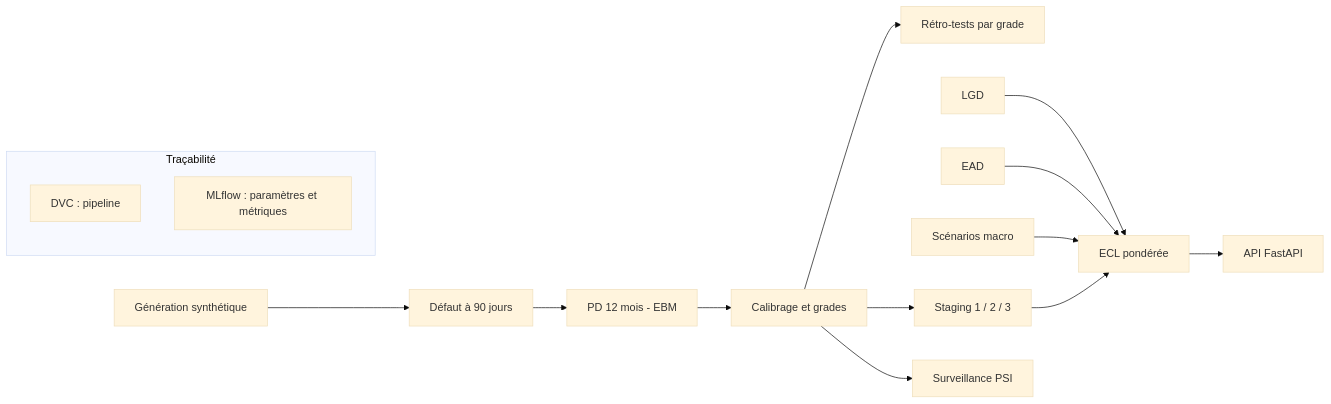
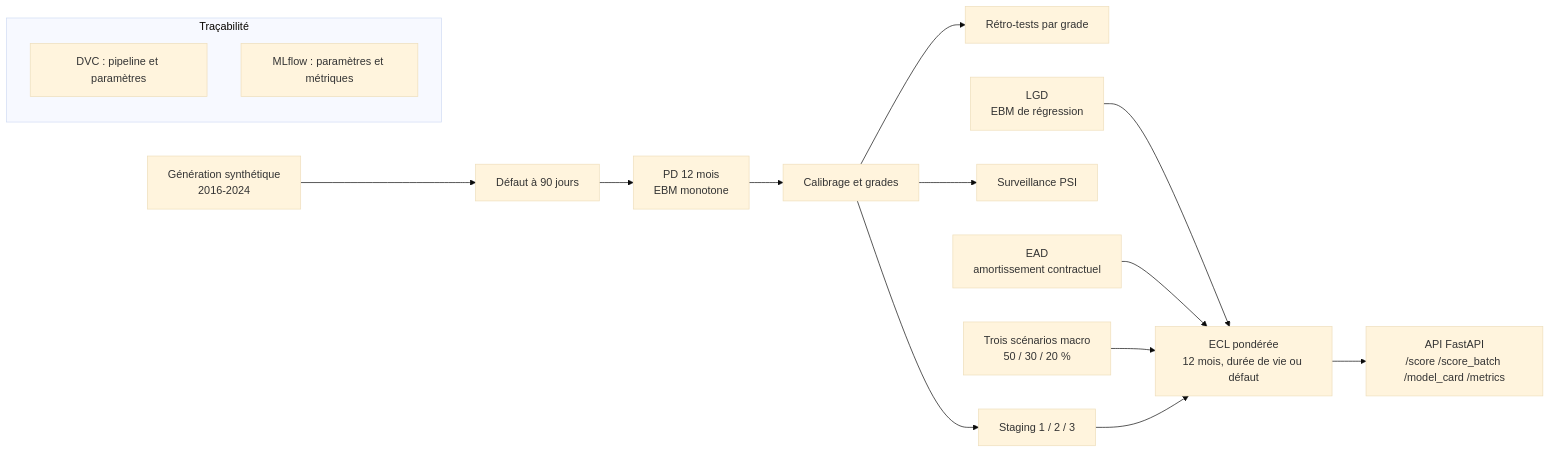
One commit to Jean-Paul15/credit-scoring changed the diagram in README.md. Above: the diagram before and after it, drawn with Mermaid (base theme). The commit also changed other lines of this file, not shown here.

````diff
--- a/README.md
+++ b/README.md
@@ -25,18 +35,18 @@
 ```mermaid
 flowchart LR
-    G[Génération synthétique] --> D[Défaut à 90 jours]
-    D --> P[PD 12 mois - EBM]
+    G[Génération synthétique<br/>2016-2024] --> D[Défaut à 90 jours]
+    D --> P[PD 12 mois<br/>EBM monotone]
     P --> C[Calibrage et grades]
     C --> B[Rétro-tests par grade]
     C --> S[Staging 1 / 2 / 3]
-    L[LGD] --> E
-    A[EAD] --> E
-    M[Scénarios macro] --> E
-    S --> E[ECL pondérée]
     C --> W[Surveillance PSI]
-    E --> API[API FastAPI]
+    L[LGD<br/>EBM de régression] --> E
+    A[EAD<br/>amortissement contractuel] --> E
+    M[Trois scénarios macro<br/>50 / 30 / 20 %] --> E
+    S --> E[ECL pondérée<br/>12 mois, durée de vie ou défaut]
+    E --> API[API FastAPI<br/>/score /score_batch /model_card /metrics]
     subgraph Traçabilité
-      DVC[DVC : pipeline]
+      DVC[DVC : pipeline et paramètres]
       ML[MLflow : paramètres et métriques]
     end
 ```
````
